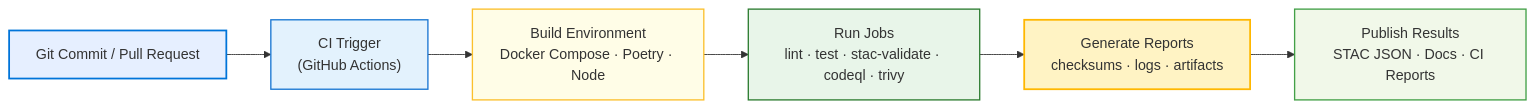
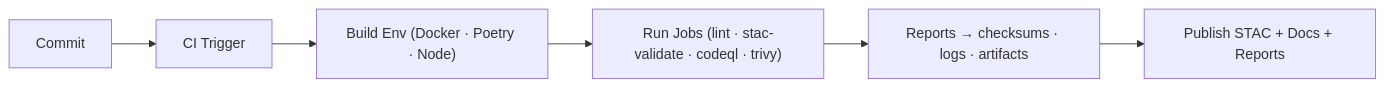
One commit to bartytime4life/Kansas-Frontier-Matrix changed the second of 2 diagrams in docs/design/reviews/architecture/pipeline_overview_review.md. Above: the diagram before and after it, drawn with Mermaid. The commit also changed other lines of this file, not shown here.

````diff
--- a/docs/design/reviews/architecture/pipeline_overview_review.md
+++ b/docs/design/reviews/architecture/pipeline_overview_review.md
@@ -126,17 +158,8 @@
 ```mermaid
 flowchart LR
-  A["Git Commit / Pull Request"] --> B["CI Trigger\n(GitHub Actions)"]
-  B --> C["Build Environment\nDocker Compose · Poetry · Node"]
-  C --> D["Run Jobs\nlint · test · stac-validate · codeql · trivy"]
-  D --> E["Generate Reports\nchecksums · logs · artifacts"]
-  E --> F["Publish Results\nSTAC JSON · Docs · CI Reports"]
-
-  style A fill:#E6EFFF,stroke:#0074D9,stroke-width:2px
-  style B fill:#E3F2FD,stroke:#1976D2,stroke-width:1.5px
-  style C fill:#FFFDE7,stroke:#FBC02D,stroke-width:1.5px
-  style D fill:#E8F5E9,stroke:#2E7D32,stroke-width:1.5px
-  style E fill:#FFF3C4,stroke:#FFB700,stroke-width:2px
-  style F fill:#F1F8E9,stroke:#43A047,stroke-width:1.5px
-
-  %% END OF MERMAID
+  A["Commit"] --> B["CI Trigger"]
+  B --> C["Build Env (Docker · Poetry · Node)"]
+  C --> D["Run Jobs (lint · stac-validate · codeql · trivy)"]
+  D --> E["Reports → checksums · logs · artifacts"]
+  E --> F["Publish STAC + Docs + Reports"]
 ```
````
